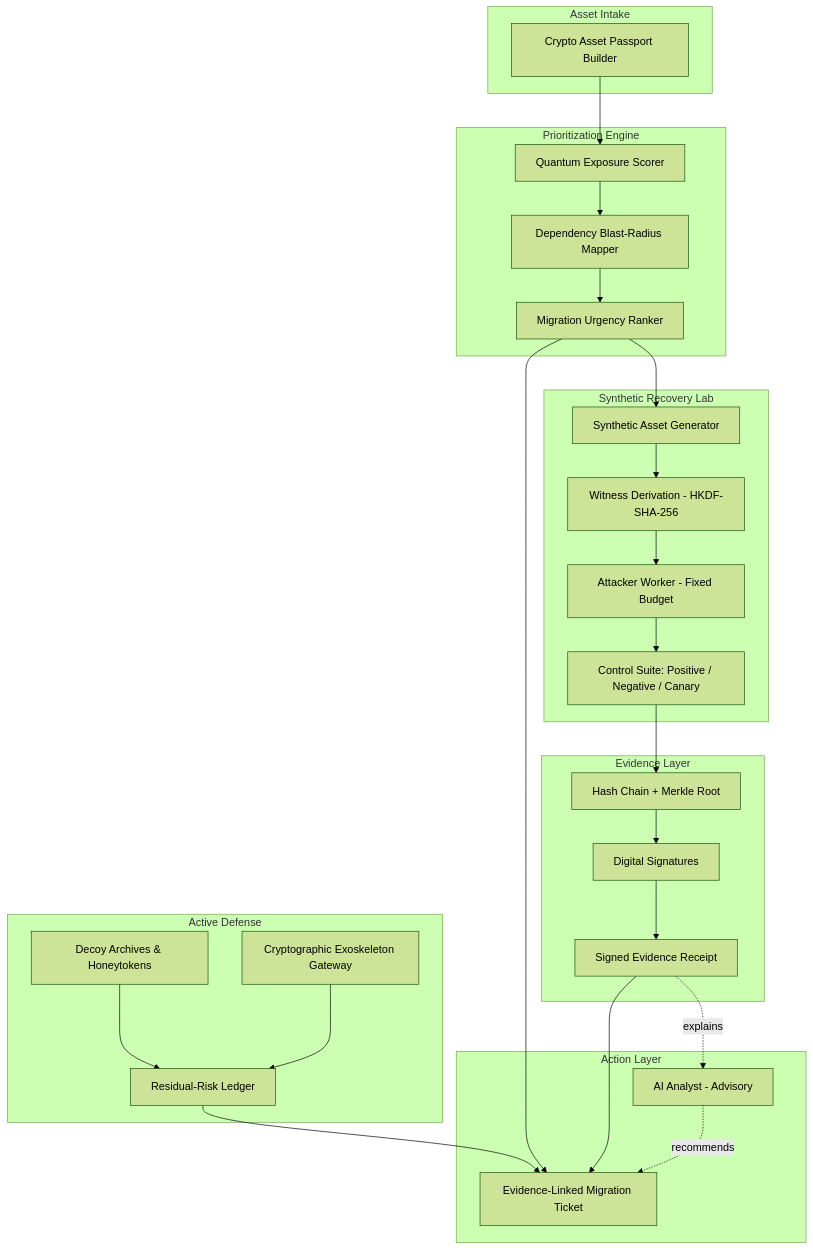
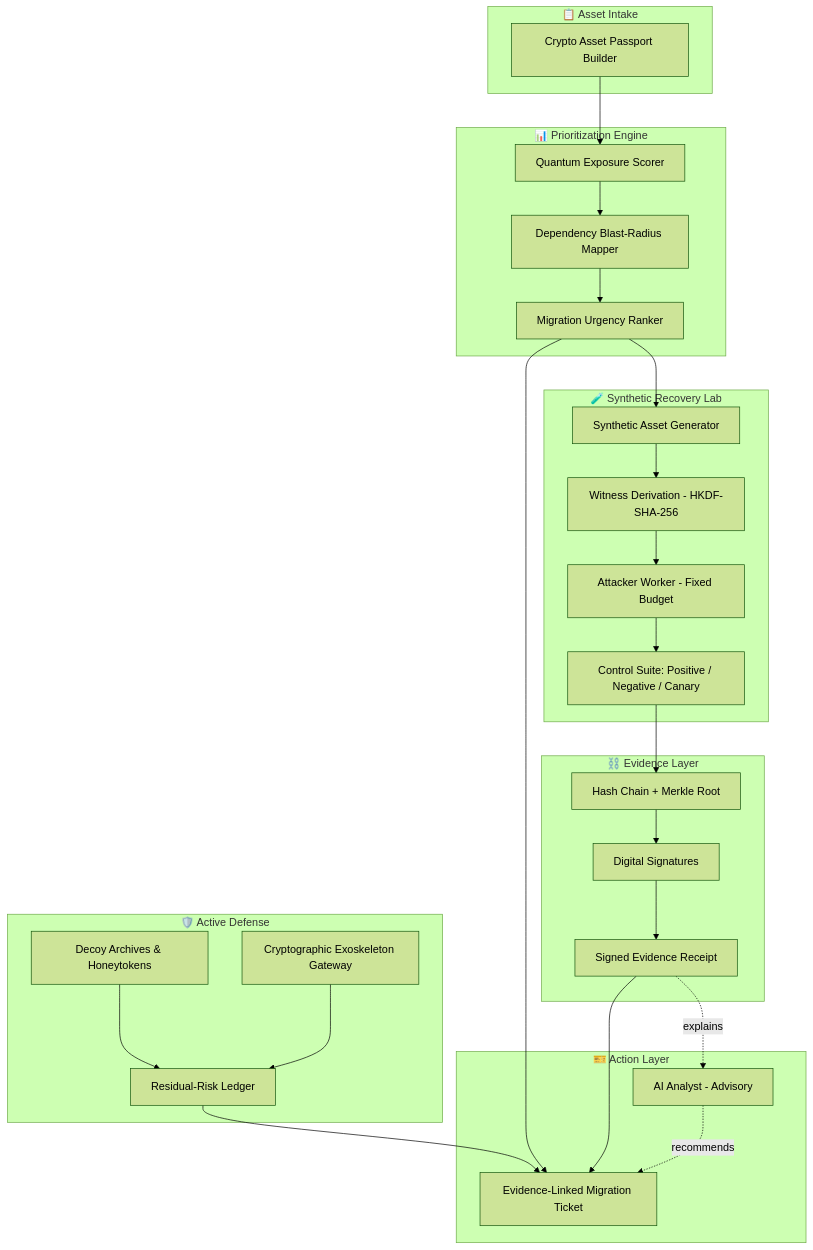
The first of 3 diagrams in README.md (uttham-g018/GHOSTRAVEN), drawn with Mermaid (forest theme) before and after one commit. The commit also changed other lines of this file, not shown here.

````diff
--- a/README.md
+++ b/README.md
@@ -110,42 +112,42 @@
 ```mermaid
 flowchart TB
-    subgraph Intake[" Asset Intake"]
+    subgraph Intake["📋 Asset Intake"]
         A1[Crypto Asset Passport Builder]
     end
 
-    subgraph Scoring[" Prioritization Engine"]
+    subgraph Scoring["📊 Prioritization Engine"]
         B1[Quantum Exposure Scorer]
         B2[Dependency Blast-Radius Mapper]
         B3[Migration Urgency Ranker]
     end
 
-    subgraph Lab[" Synthetic Recovery Lab"]
+    subgraph Lab["🧪 Synthetic Recovery Lab"]
         C1[Synthetic Asset Generator]
         C2[Witness Derivation - HKDF-SHA-256]
         C3[Attacker Worker - Fixed Budget]
         C4[Control Suite: Positive / Negative / Canary]
     end
 
-    subgraph Evidence[" Evidence Layer"]
+    subgraph Evidence["⛓️ Evidence Layer"]
         D1[Hash Chain + Merkle Root]
         D2[Digital Signatures]
         D3[Signed Evidence Receipt]
     end
 
-    subgraph Defense[" Active Defense"]
+    subgraph Defense["🛡️ Active Defense"]
         E1[Decoy Archives & Honeytokens]
         E2[Cryptographic Exoskeleton Gateway]
         E3[Residual-Risk Ledger]
     end
 
-    subgraph Output[" Action Layer"]
+    subgraph Output["🎫 Action Layer"]
         F1[AI Analyst - Advisory]
         F2[Evidence-Linked Migration Ticket]
     end
 
     A1 --> B1 --> B2 --> B3 --> F2
     B3 --> C1 --> C2 --> C3 --> C4 --> D1 --> D2 --> D3 --> F2
     E1 --> E3
     E2 --> E3 --> F2
     D3 -.explains.-> F1 -.recommends.-> F2
 ```
````
